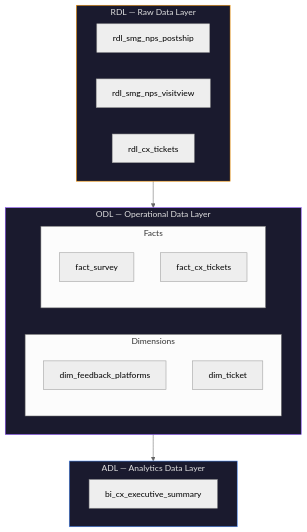
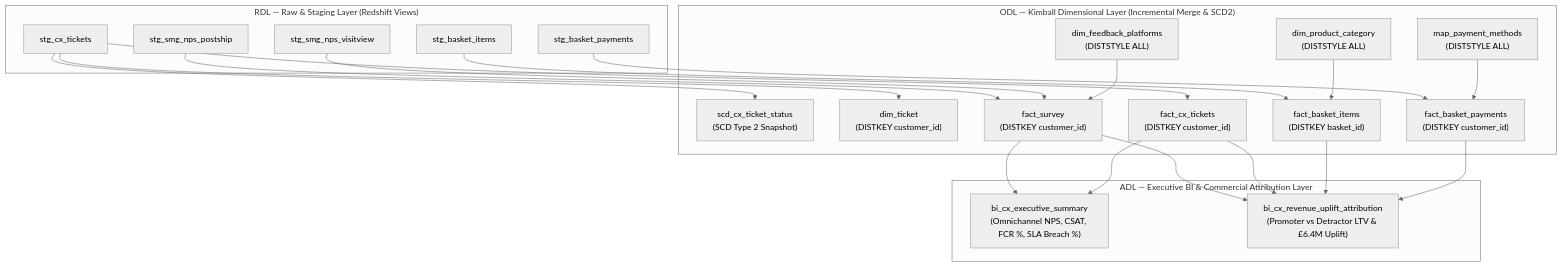
The second of 2 diagrams in README.md (TimiOlayinka/redshift-dbt-dimensional-warehouse), drawn with Mermaid (neutral theme) before and after one commit. The commit also changed other lines of this file and 65 other files, not shown here.

Commit message:
feat(dwh): complete Redshift dbt marts, FinOps tuning, SCD2 snapshots, Lambdas, Airflow & Terraform

````diff
--- a/README.md
+++ b/README.md
@@ -57,33 +85,37 @@
 ```mermaid
 flowchart TB
-    subgraph RDL["RDL — Raw Data Layer"]
-        direction LR
-        R1["rdl_smg_nps_postship"]
-        R2["rdl_smg_nps_visitview"]
-        R3["rdl_cx_tickets"]
-    end
-    
-    subgraph ODL["ODL — Operational Data Layer"]
-        direction LR
-        subgraph DIMS["Dimensions"]
-            D2["dim_feedback_platforms"]
-            D3["dim_ticket"]
-        end
-        subgraph FACTS["Facts"]
-            F1["fact_survey"]
-            F2["fact_cx_tickets"]
-        end
-    end
-    
-    subgraph ADL["ADL — Analytics Data Layer"]
-        direction LR
-        B2["bi_cx_executive_summary"]
+    subgraph RDL["RDL — Raw & Staging Layer (Redshift Views)"]
+        S1["stg_smg_nps_postship"]
+        S2["stg_smg_nps_visitview"]
+        S3["stg_cx_tickets"]
+        S4["stg_basket_items"]
+        S5["stg_basket_payments"]
     end
 
-    RDL --> ODL
-    ODL --> ADL
+    subgraph ODL["ODL — Kimball Dimensional Layer (Incremental Merge & SCD2)"]
+        SCD["scd_cx_ticket_status\n(SCD Type 2 Snapshot)"]
+        D1["dim_feedback_platforms\n(DISTSTYLE ALL)"]
+        D2["dim_ticket\n(DISTKEY customer_id)"]
+        D3["dim_product_category\n(DISTSTYLE ALL)"]
+        D4["map_payment_methods\n(DISTSTYLE ALL)"]
+        F1["fact_survey\n(DISTKEY customer_id)"]
+        F2["fact_cx_tickets\n(DISTKEY customer_id)"]
+        F3["fact_basket_items\n(DISTKEY basket_id)"]
+        F4["fact_basket_payments\n(DISTKEY customer_id)"]
+    end
 
-    style RDL fill:#1a1a2e,color:#e0e0e0,stroke:#FF9900
-    style ODL fill:#1a1a2e,color:#e0e0e0,stroke:#8C4FFF
-    style ADL fill:#1a1a2e,color:#e0e0e0,stroke:#4285F4
+    subgraph ADL["ADL — Executive BI & Commercial Attribution Layer"]
+        M1["bi_cx_executive_summary\n(Omnichannel NPS, CSAT, FCR %, SLA Breach %)"]
+        M2["bi_cx_revenue_uplift_attribution\n(Promoter vs Detractor LTV & £6.4M Uplift)"]
+    end
+
+    S1 & S2 --> F1
+    D1 --> F1
+    S3 --> SCD & D2 & F2
+    S4 --> F3
+    D3 --> F3
+    S5 --> F4
+    D4 --> F4
+    F1 & F2 --> M1
+    F1 & F2 & F3 & F4 --> M2
 ```
````
